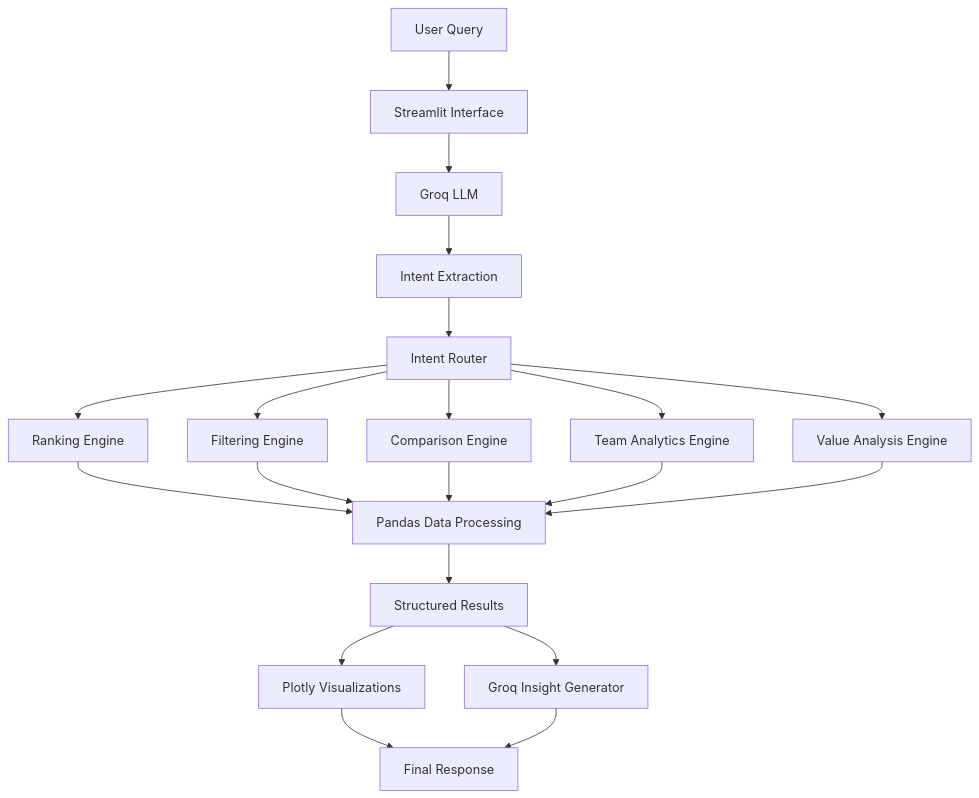
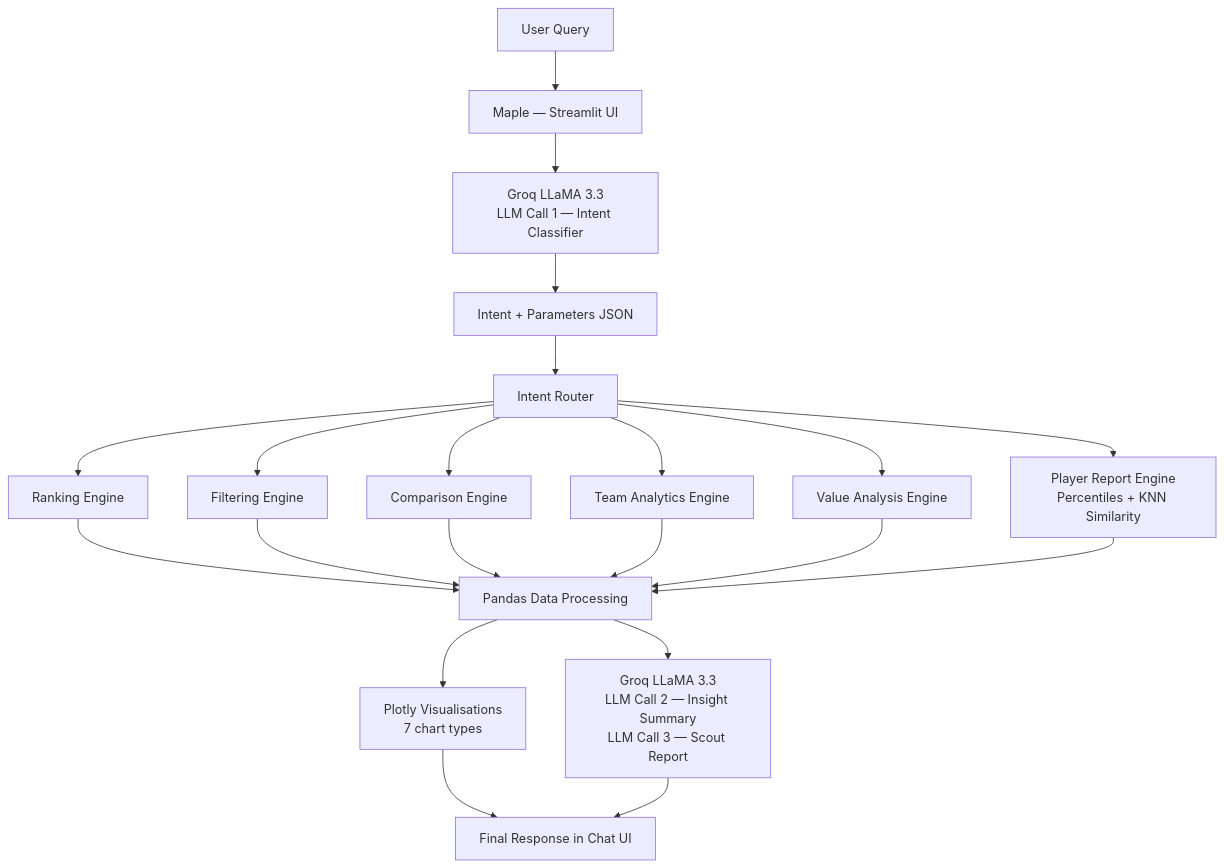
The first of 2 diagrams in README.md (Ananyaa00051/Maple---FIFA-analysis-assistant), drawn with Mermaid before and after one commit. The commit also changed other lines of this file, not shown here.

Commit message:
docs: rewrite README to reflect current state of Maple

````diff
--- a/README.md
+++ b/README.md
@@ -45,32 +40,25 @@
 ```mermaid
 flowchart TD
 
-A[User Query] --> B[Streamlit Interface]
+A[User Query] --> B[Maple — Streamlit UI]
 
-B --> C[Groq LLM]
+B --> C[Groq LLaMA 3.3\nLLM Call 1 — Intent Classifier]
 
-C --> D[Intent Extraction]
+C --> D[Intent + Parameters JSON]
 
 D --> E[Intent Router]
 
 E --> F[Ranking Engine]
 E --> G[Filtering Engine]
 E --> H[Comparison Engine]
 E --> I[Team Analytics Engine]
 E --> J[Value Analysis Engine]
+E --> K[Player Report Engine\nPercentiles + KNN Similarity]
 
-F --> K[Pandas Data Processing]
-G --> K
-H --> K
-I --> K
-J --> K
+F & G & H & I & J & K --> L[Pandas Data Processing]
 
-K --> L[Structured Results]
+L --> M[Plotly Visualisations\n7 chart types]
+L --> N[Groq LLaMA 3.3\nLLM Call 2 — Insight Summary\nLLM Call 3 — Scout Report]
 
-L --> M[Plotly Visualizations]
-
-L --> N[Groq Insight Generator]
-
-M --> O[Final Response]
-N --> O
+M & N --> O[Final Response in Chat UI]
 ```
````
